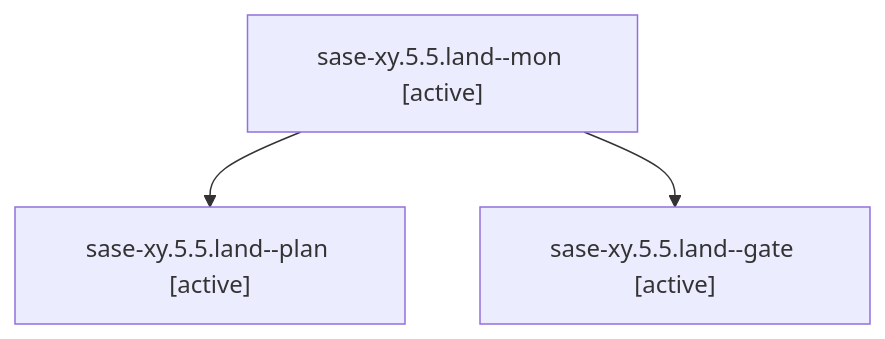
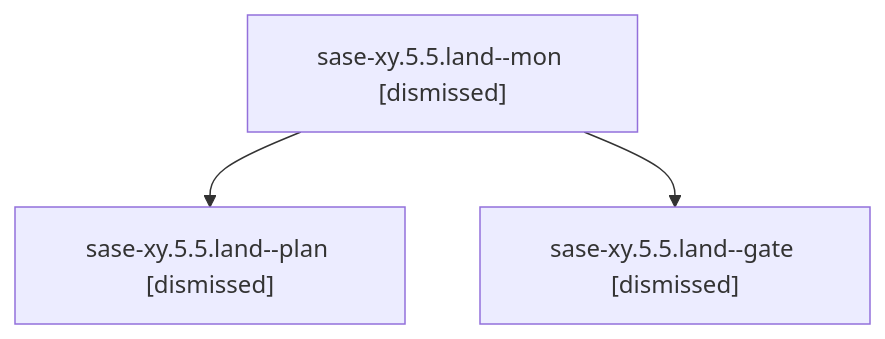
Before and after one commit to sase-org/sase--agents: the diagram in sessions/bbugyi200.athena.sase-xy.5.5.land.md, drawn with Mermaid. The commit also changed other lines of this file and 206 other files, not shown here.

````diff
--- a/sessions/bbugyi200.athena.sase-xy.5.5.land.md
+++ b/sessions/bbugyi200.athena.sase-xy.5.5.land.md
@@ -9,8 +9,8 @@
 ```mermaid
 flowchart TD
-  n0["sase-xy.5.5.land--mon [active]"]
-  n1["sase-xy.5.5.land--plan [active]"]
+  n0["sase-xy.5.5.land--mon [dismissed]"]
+  n1["sase-xy.5.5.land--plan [dismissed]"]
   n0 --> n1
-  n2["sase-xy.5.5.land--gate [active]"]
+  n2["sase-xy.5.5.land--gate [dismissed]"]
   n0 --> n2
 ```
````
